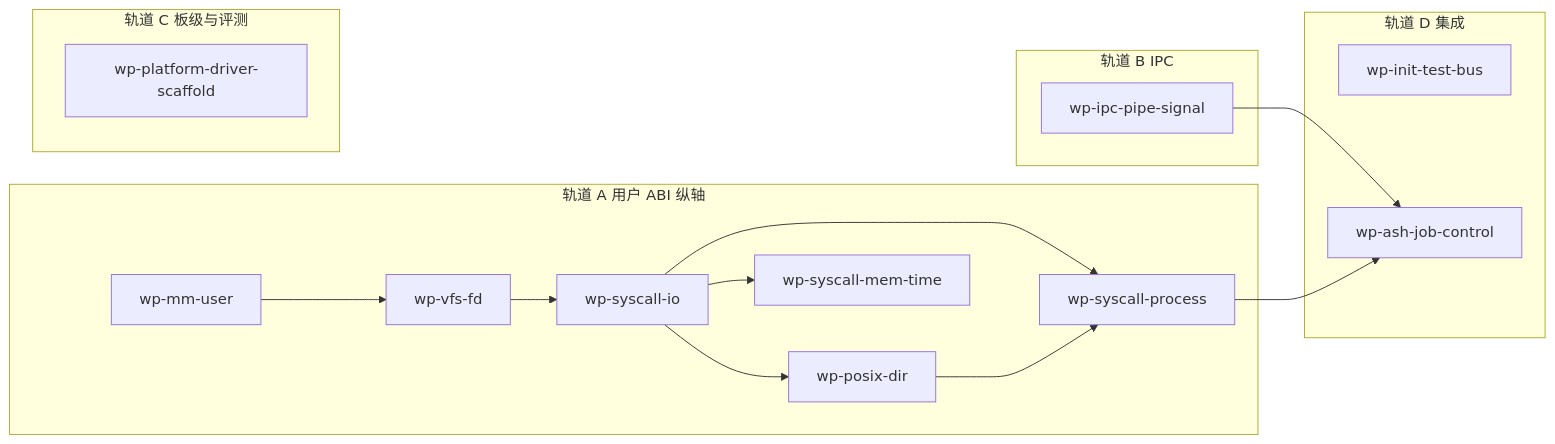
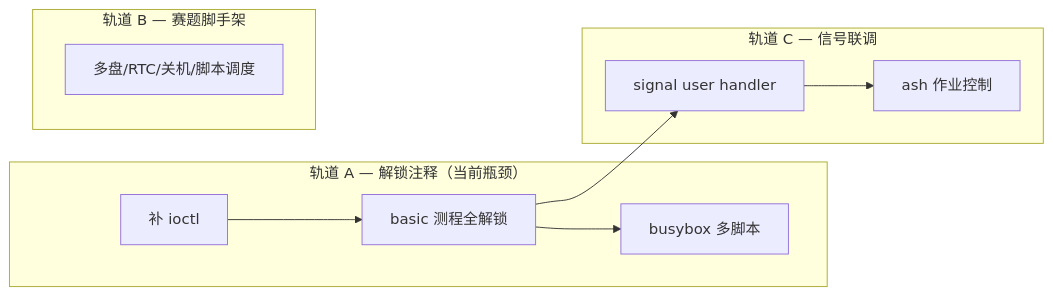
One commit to zhitian111/WaterOS changed the diagram in docs/roadmap/riscv64-busybox/README.md. Above: the diagram before and after it, drawn with Mermaid. The commit also changed other lines of this file and 4 other files, not shown here.

````diff
--- a/docs/roadmap/riscv64-busybox/README.md
+++ b/docs/roadmap/riscv64-busybox/README.md
@@ -31,29 +31,20 @@
 ```mermaid
 flowchart LR
-  subgraph TrackA[轨道 A 用户 ABI 纵轴]
-    MM[wp-mm-user]
-    FD[wp-vfs-fd]
-    IO[wp-syscall-io]
-    POSIX[wp-posix-dir]
-    MEM[wp-syscall-mem-time]
-    PROC[wp-syscall-process]
+  subgraph TrackA[轨道 A — 解锁注释（当前瓶颈）]
+    IOCTL[补 ioctl]
+    BASIC[basic 测程全解锁]
+    BUSY[busybox 多脚本]
   end
-  subgraph TrackB[轨道 B IPC]
-    IPC[wp-ipc-pipe-signal]
+  subgraph TrackB[轨道 B — 赛题脚手架]
+    SCAFFOLD[多盘/RTC/关机/脚本调度]
   end
-  subgraph TrackC[轨道 C 板级与评测]
-    PLAT[wp-platform-driver-scaffold]
+  subgraph TrackC[轨道 C — 信号联调]
+    SIGNAL[signal user handler]
+    ASH[ash 作业控制]
   end
-  subgraph TrackD[轨道 D 集成]
-    BUS[wp-init-test-bus]
-    ASH[wp-ash-job-control]
-  end
-  MM --> FD --> IO
-  IO --> POSIX
-  IO --> MEM
-  IO --> PROC
-  POSIX --> PROC
-  IPC --> ASH
-  PROC --> ASH
-  BUS
+  IOCTL --> BASIC
+  BASIC --> BUSY
+  BASIC --> SIGNAL
+  SIGNAL --> ASH
+  SCAFFOLD
 ```
````
